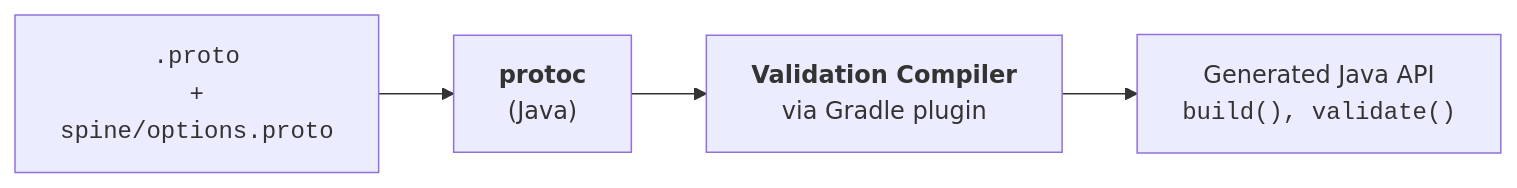
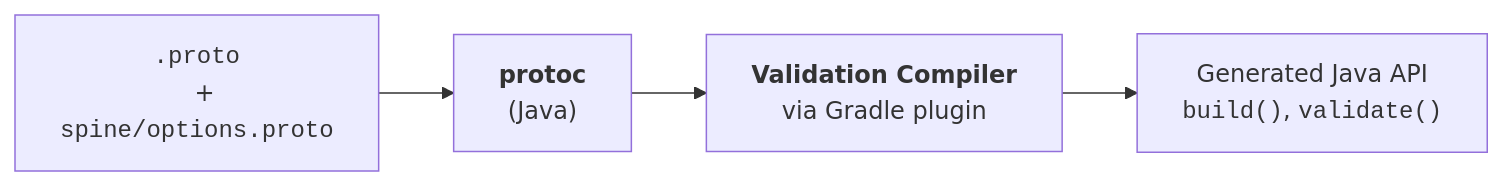
One commit to SpineEventEngine/validation changed the diagram in docs/content/docs/validation/02-concepts/options-overview.md. Above: the diagram before and after it, drawn with Mermaid.

Commit message:
Improve Mermaid diagram on compilation

````diff
--- a/docs/content/docs/validation/02-concepts/options-overview.md
+++ b/docs/content/docs/validation/02-concepts/options-overview.md
@@ -48,7 +48,7 @@
 ```mermaid
 flowchart LR
-    A["<code>.proto  <br/>  +  <br/> spine/options.proto</code>"] --> B["<b>protoc</b> <br/> (Java)"]
+    A["<code>.proto</code><br/>&nbsp;&nbsp;+<br/><code>spine/options.proto</code>"] --> B["<b>protoc</b> <br/> (Java)"]
     B --> C["<b>Validation Compiler</b><br/>via Gradle plugin"]
     C --> D["Generated Java API
-    <code>build(), validate()</code>"]
+    <code>build()</code>, <code>validate()</code>"]
 ```
````
